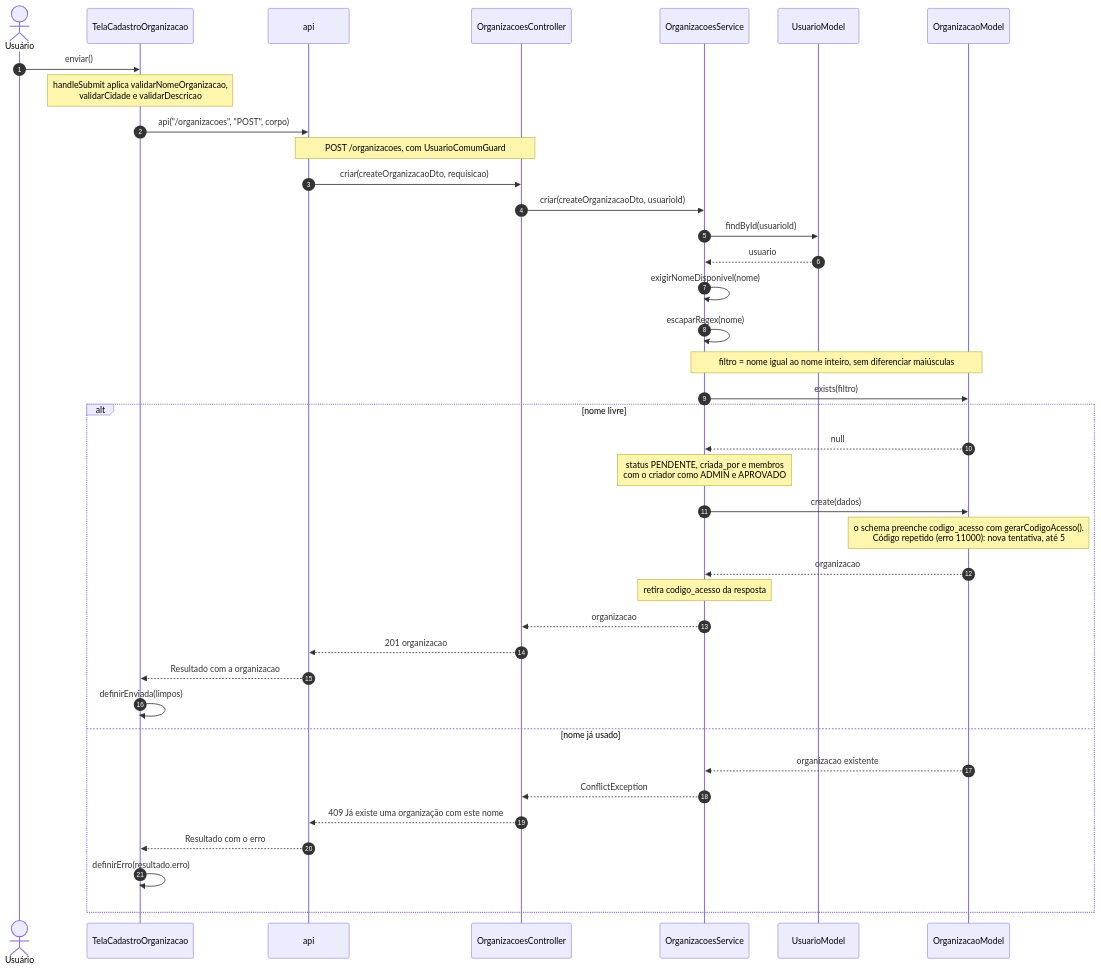
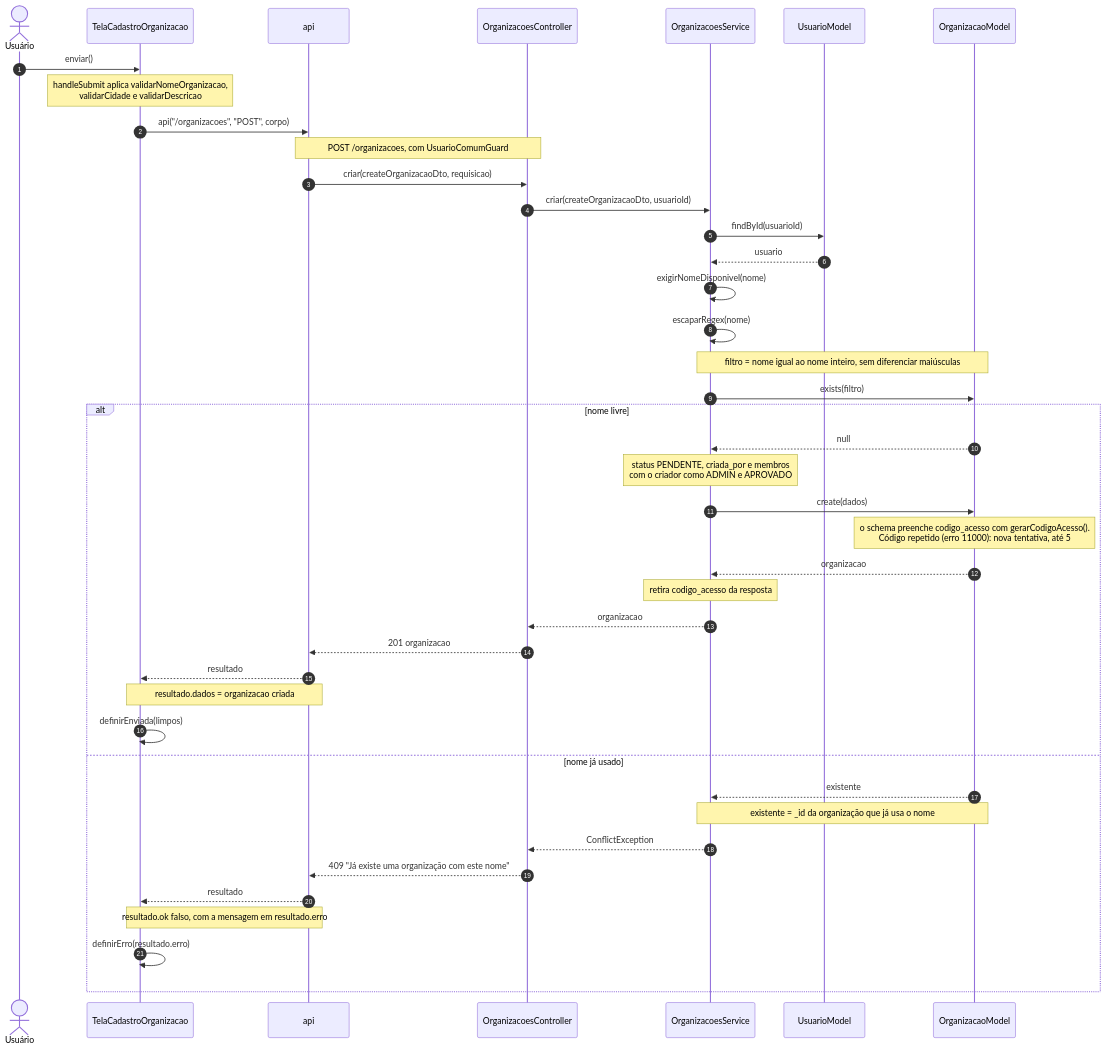
One commit to Conecta-IFSP/DOCUMENTATION changed the first of 15 diagrams in 2 - Incremento 1/cadastro-organizacao/6 - diagramas-sequencia-cadastro-organizacao.md. Above: the diagram before and after it, drawn with Mermaid. The commit also changed other lines of this file and 97 other files, not shown here.

````diff
--- a/2 - Incremento 1/cadastro-organizacao/6 - diagramas-sequencia-cadastro-organizacao.md
+++ b/2 - Incremento 1/cadastro-organizacao/6 - diagramas-sequencia-cadastro-organizacao.md
@@ -13,41 +13,44 @@
 ```mermaid
 sequenceDiagram
     autonumber
     actor U as Usuário
     participant T as TelaCadastroOrganizacao
     participant A as api
     participant C as OrganizacoesController
     participant S as OrganizacoesService
     participant UM as UsuarioModel
     participant M as OrganizacaoModel
     U->>T: enviar()
     Note over T: handleSubmit aplica validarNomeOrganizacao,<br/>validarCidade e validarDescricao
     T->>A: api("/organizacoes", "POST", corpo)
     Note over A,C: POST /organizacoes, com UsuarioComumGuard
     A->>C: criar(createOrganizacaoDto, requisicao)
     C->>S: criar(createOrganizacaoDto, usuarioId)
     S->>UM: findById(usuarioId)
     UM-->>S: usuario
     S->>S: exigirNomeDisponivel(nome)
     S->>S: escaparRegex(nome)
     Note over S,M: filtro = nome igual ao nome inteiro, sem diferenciar maiúsculas
     S->>M: exists(filtro)
     alt nome livre
         M-->>S: null
         Note over S: status PENDENTE, criada_por e membros<br/>com o criador como ADMIN e APROVADO
         S->>M: create(dados)
         Note over M: o schema preenche codigo_acesso com gerarCodigoAcesso().<br/>Código repetido (erro 11000): nova tentativa, até 5
         M-->>S: organizacao
         Note over S: retira codigo_acesso da resposta
         S-->>C: organizacao
         C-->>A: 201 organizacao
-        A-->>T: Resultado com a organizacao
+        A-->>T: resultado
+        Note over T,A: resultado.dados = organizacao criada
         T->>T: definirEnviada(limpos)
     else nome já usado
-        M-->>S: organizacao existente
+        M-->>S: existente
+        Note over S,M: existente = _id da organização que já usa o nome
         S-->>C: ConflictException
-        C-->>A: 409 Já existe uma organização com este nome
-        A-->>T: Resultado com o erro
+        C-->>A: 409 "Já existe uma organização com este nome"
+        A-->>T: resultado
+        Note over T,A: resultado.ok falso, com a mensagem em resultado.erro
         T->>T: definirErro(resultado.erro)
     end
 ```
````
